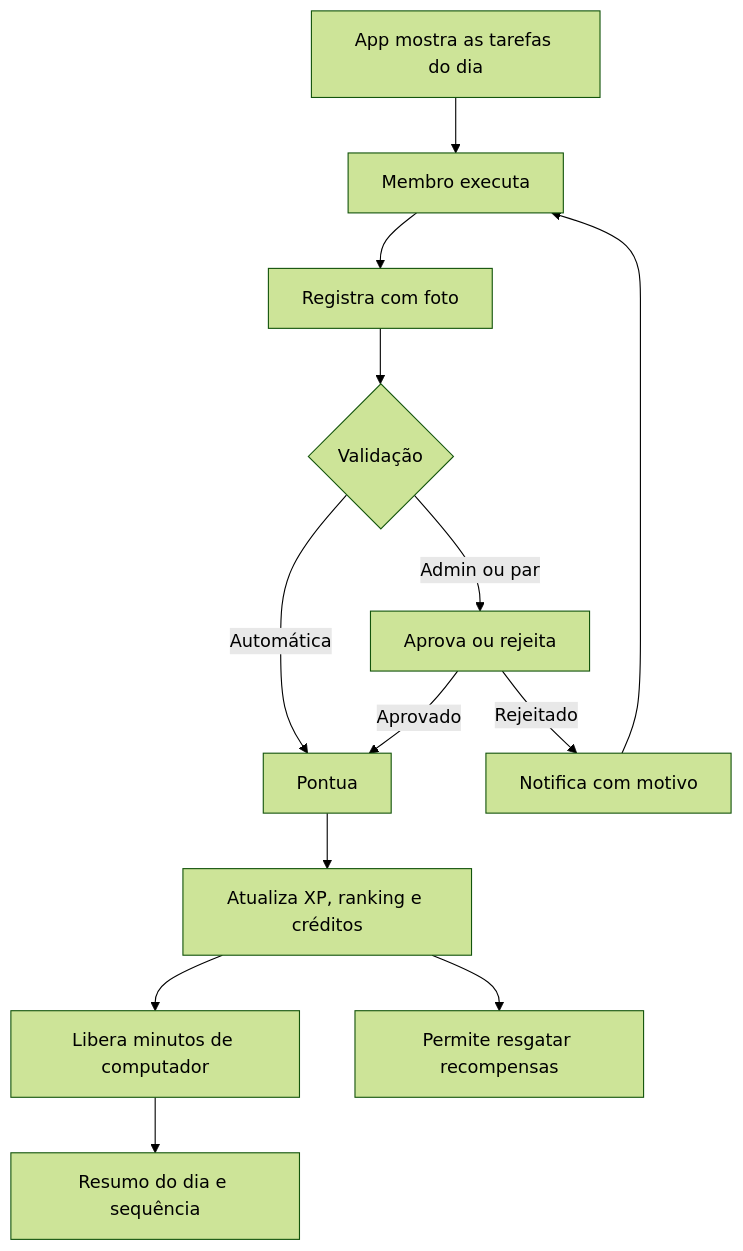
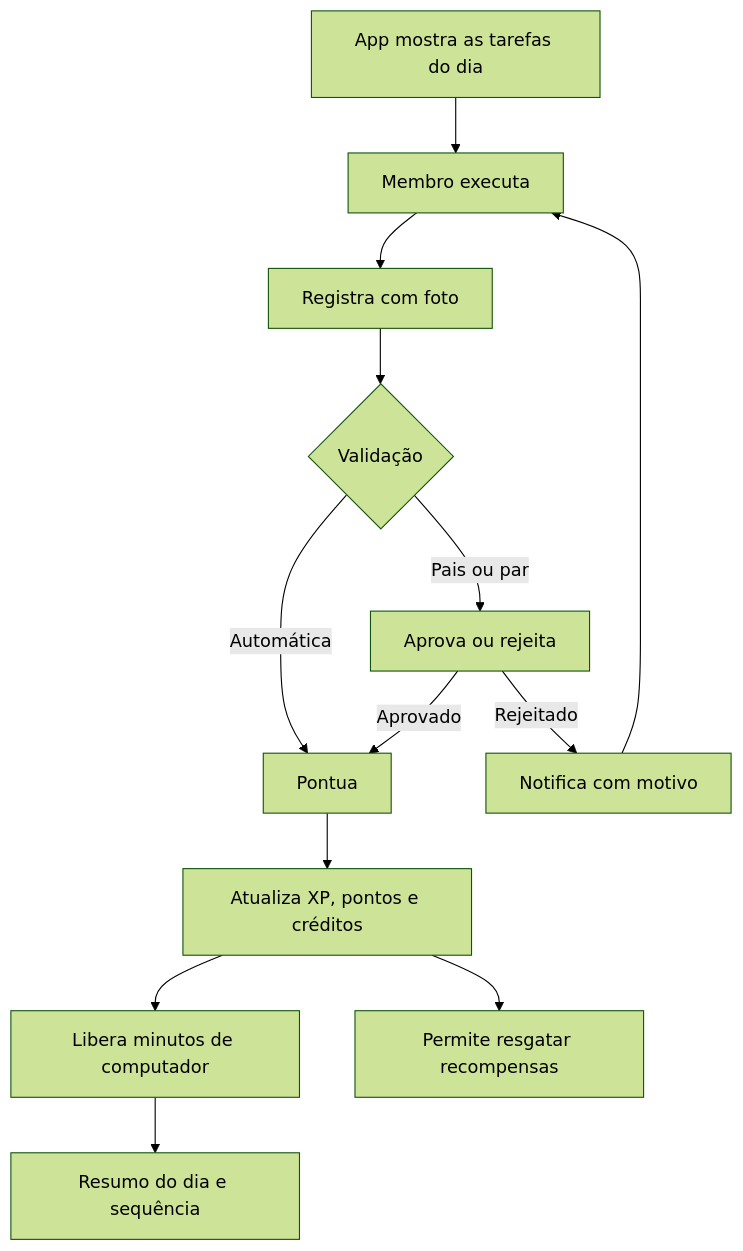
Before and after one commit to marcos2872/2026-hackathon-ibm: the second of 4 diagrams in docs/ideia.md, drawn with Mermaid (forest theme). The commit also changed other lines of this file, not shown here.

````diff
--- a/docs/ideia.md
+++ b/docs/ideia.md
@@ -377,15 +393,15 @@
 ```mermaid
 flowchart TD
     A[App mostra as tarefas do dia] --> B[Membro executa]
     B --> C[Registra com foto]
     C --> D{Validação}
     D -- Automática --> E[Pontua]
-    D -- Admin ou par --> F[Aprova ou rejeita]
+    D -- Pais ou par --> F[Aprova ou rejeita]
     F -- Aprovado --> E
     F -- Rejeitado --> G[Notifica com motivo]
     G --> B
-    E --> H[Atualiza XP, ranking e créditos]
+    E --> H[Atualiza XP, pontos e créditos]
     H --> I[Libera minutos de computador]
     H --> J[Permite resgatar recompensas]
     I --> K[Resumo do dia e sequência]
 ```
````
